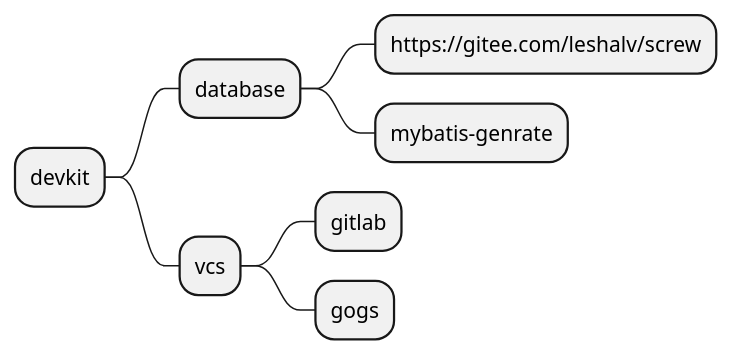
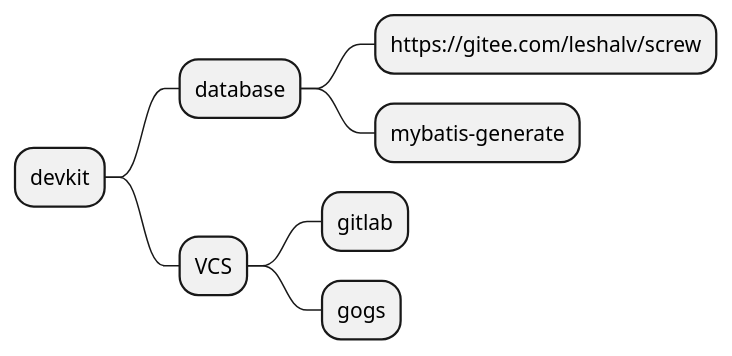
The diagram in hyperbench-plantuml/src/main/resources/plantuml/devkit.puml (wincentwang/hyperbench), drawn with PlantUML before and after one commit. The commit also changed 6 other files, not shown here.

```diff
--- a/hyperbench-plantuml/src/main/resources/plantuml/devkit.puml
+++ b/hyperbench-plantuml/src/main/resources/plantuml/devkit.puml
@@ -1,10 +1,9 @@
 @startmindmap
 * devkit
 ** database
 *** https://gitee.com/leshalv/screw
-*** mybatis-genrate
-** vcs
+*** mybatis-generate
+** VCS
 *** gitlab
 *** gogs
-
 @endmindmap
```
